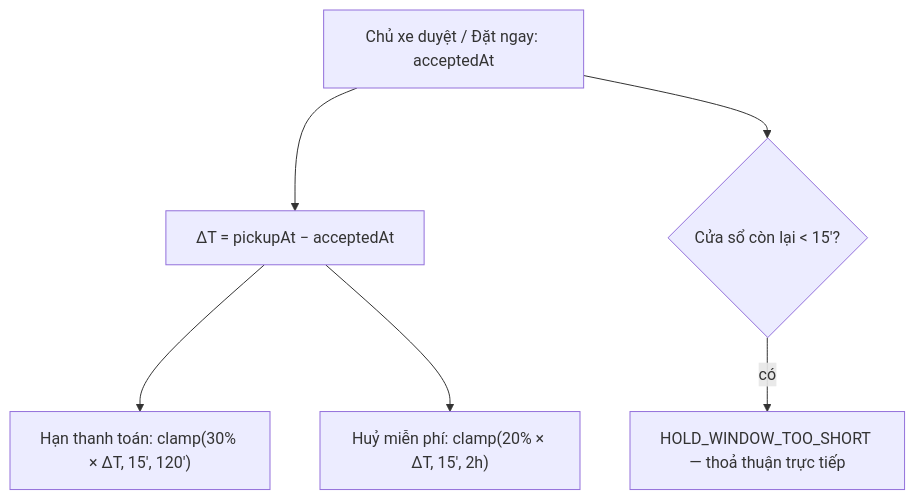
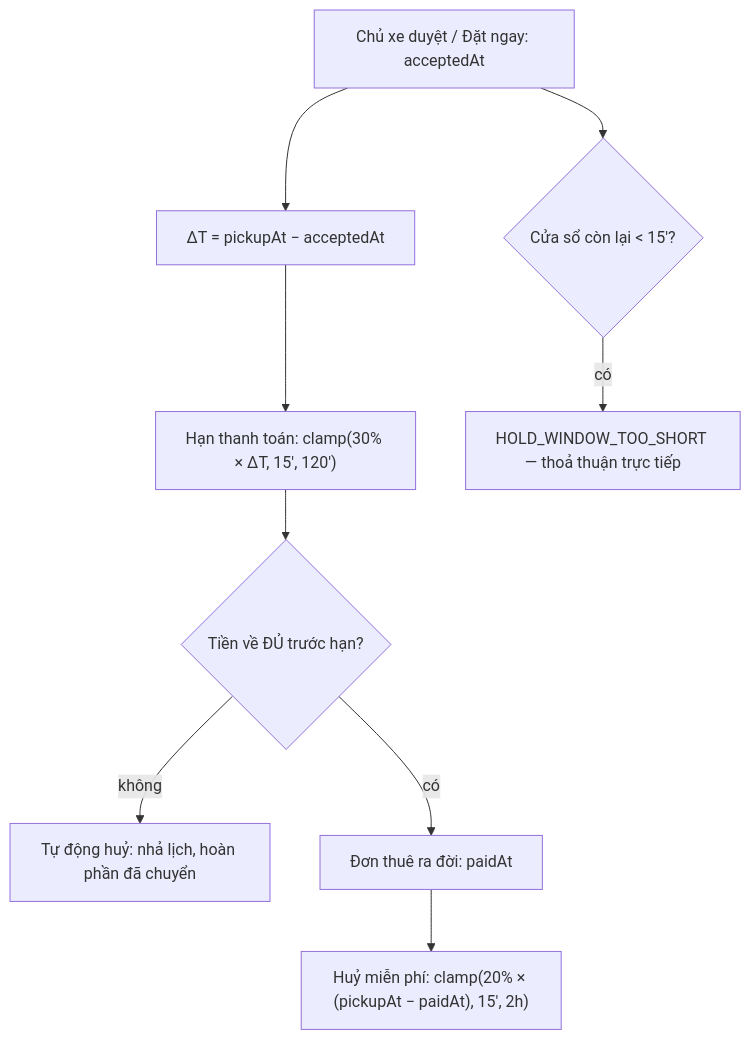
One commit to daihanhbvt/xeprime changed the second of 2 diagrams in docs/financial-system-architecture.md. Above: the diagram before and after it, drawn with Mermaid. The commit also changed other lines of this file and 116 other files, not shown here.

Commit message:
feat(web): free-cancel from payment, booking flow polish

````diff
--- a/docs/financial-system-architecture.md
+++ b/docs/financial-system-architecture.md
@@ -226,8 +226,11 @@
 ```mermaid
 flowchart TD
     Accept["Chủ xe duyệt / Đặt ngay: acceptedAt"] --> Delta["ΔT = pickupAt − acceptedAt"]
     Delta --> Pay["Hạn thanh toán: clamp(30% × ΔT, 15′, 120′)"]
-    Delta --> Cancel["Huỷ miễn phí: clamp(20% × ΔT, 15′, 2h)"]
+    Pay --> Paid{"Tiền về ĐỦ trước hạn?"}
+    Paid -- không --> Expire["Tự động huỷ: nhả lịch, hoàn phần đã chuyển"]
+    Paid -- có --> Booking["Đơn thuê ra đời: paidAt"]
+    Booking --> Cancel["Huỷ miễn phí: clamp(20% × (pickupAt − paidAt), 15′, 2h)"]
     Accept --> Short{"Cửa sổ còn lại < 15′?"}
     Short -- có --> Reject["HOLD_WINDOW_TOO_SHORT — thoả thuận trực tiếp"]
 ```
````
